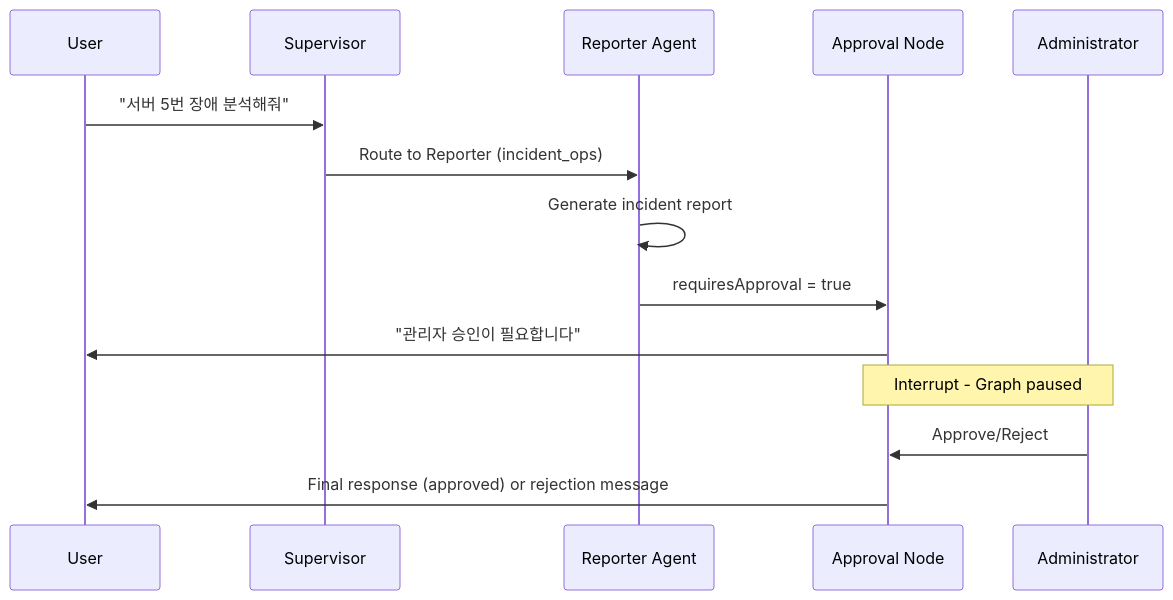
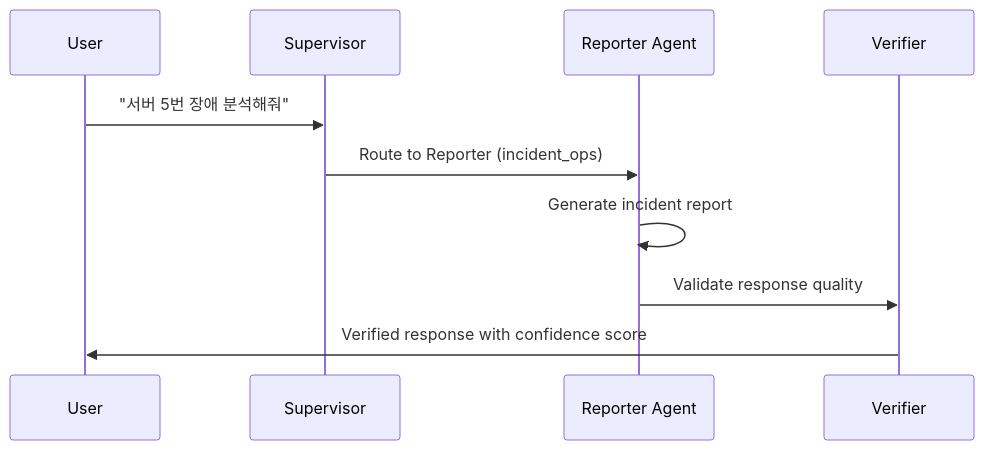
Before and after one commit to skyasu2/openmanager-vibe-v5: the first of 2 diagrams in docs/reference/ai/ai-architecture.md, drawn with Mermaid. The commit also changed other lines of this file and 8 other files, not shown here.

````diff
--- a/docs/reference/ai/ai-architecture.md
+++ b/docs/reference/ai/ai-architecture.md
@@ -116,19 +118,13 @@
 ```mermaid
 sequenceDiagram
     participant U as User
     participant S as Supervisor
     participant R as Reporter Agent
-    participant A as Approval Node
-    participant Admin as Administrator
+    participant V as Verifier
 
     U->>S: "서버 5번 장애 분석해줘"
     S->>R: Route to Reporter (incident_ops)
     R->>R: Generate incident report
-    R->>A: requiresApproval = true
-    A->>U: "관리자 승인이 필요합니다"
-
-    Note over A,Admin: Interrupt - Graph paused
-
-    Admin->>A: Approve/Reject
-    A->>U: Final response (approved) or rejection message
+    R->>V: Validate response quality
+    V->>U: Verified response with confidence score
 ```
````
